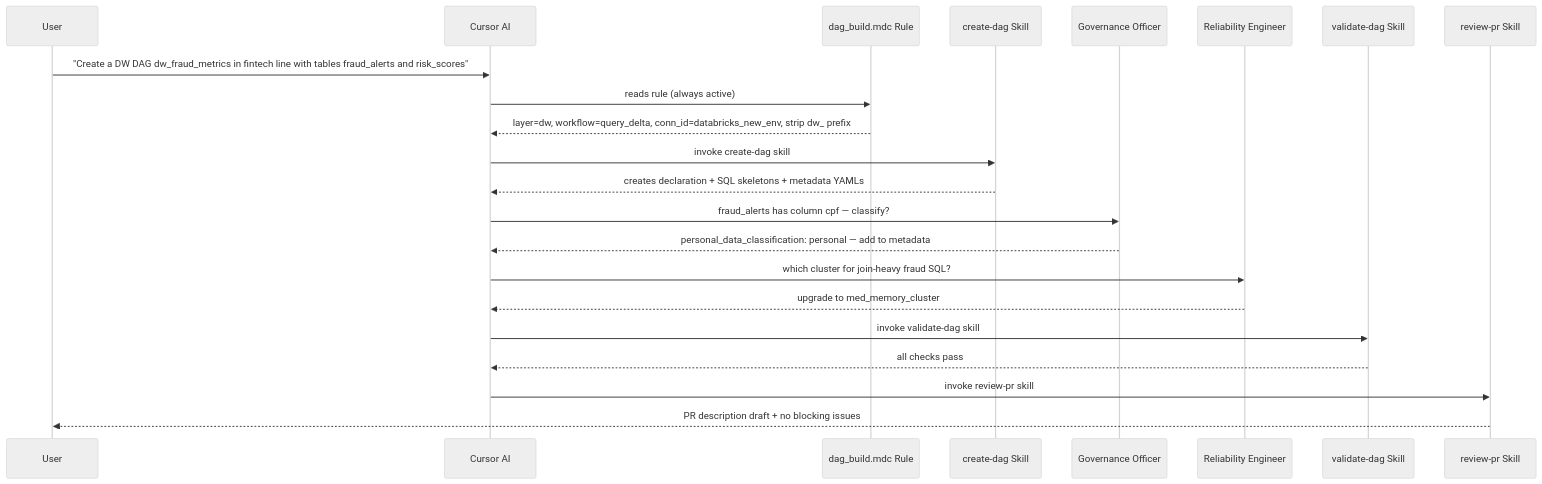
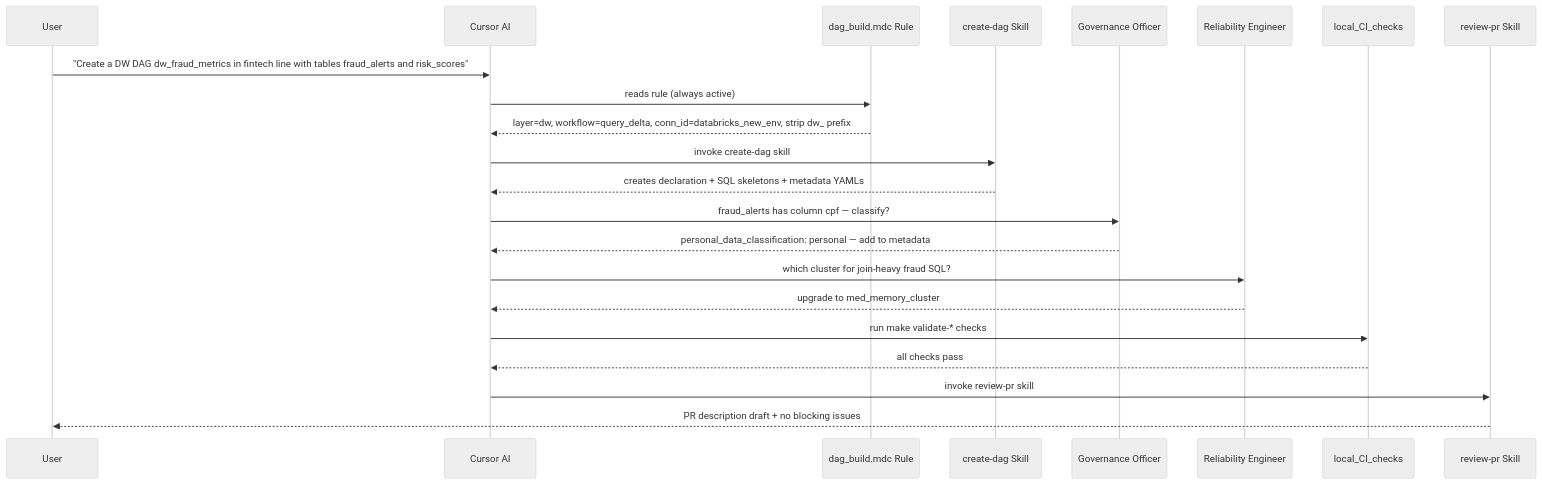
One commit to joseotaviorf/oh-my-pi changed the second of 2 diagrams in docs/cursor_ai_guide.md. Above: the diagram before and after it, drawn with Mermaid (neutral theme). The commit also changed other lines of this file, not shown here.

````diff
--- a/docs/cursor_ai_guide.md
+++ b/docs/cursor_ai_guide.md
@@ -641,25 +627,25 @@
 ```mermaid
 sequenceDiagram
     participant U as User
     participant AI as Cursor AI
     participant R as dag_build.mdc Rule
     participant SK as create-dag Skill
     participant GO as Governance Officer
     participant RE as Reliability Engineer
-    participant V as validate-dag Skill
+    participant V as local_CI_checks
     participant PR as review-pr Skill
 
     U->>AI: "Create a DW DAG dw_fraud_metrics in fintech line with tables fraud_alerts and risk_scores"
     AI->>R: reads rule (always active)
     R-->>AI: layer=dw, workflow=query_delta, conn_id=databricks_new_env, strip dw_ prefix
     AI->>SK: invoke create-dag skill
     SK-->>AI: creates declaration + SQL skeletons + metadata YAMLs
     AI->>GO: fraud_alerts has column cpf — classify?
     GO-->>AI: personal_data_classification: personal — add to metadata
     AI->>RE: which cluster for join-heavy fraud SQL?
     RE-->>AI: upgrade to med_memory_cluster
-    AI->>V: invoke validate-dag skill
+    AI->>V: run make validate-* checks
     V-->>AI: all checks pass
     AI->>PR: invoke review-pr skill
     PR-->>U: PR description draft + no blocking issues
 ```
````
